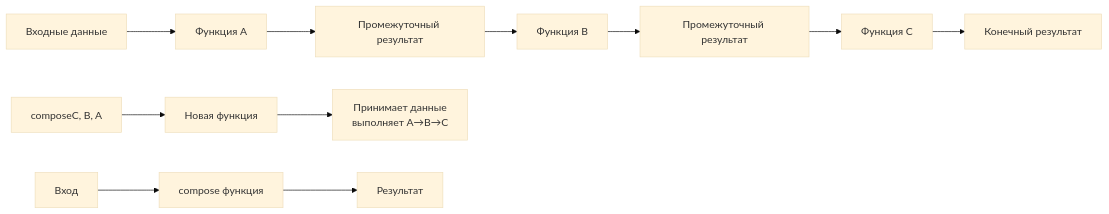
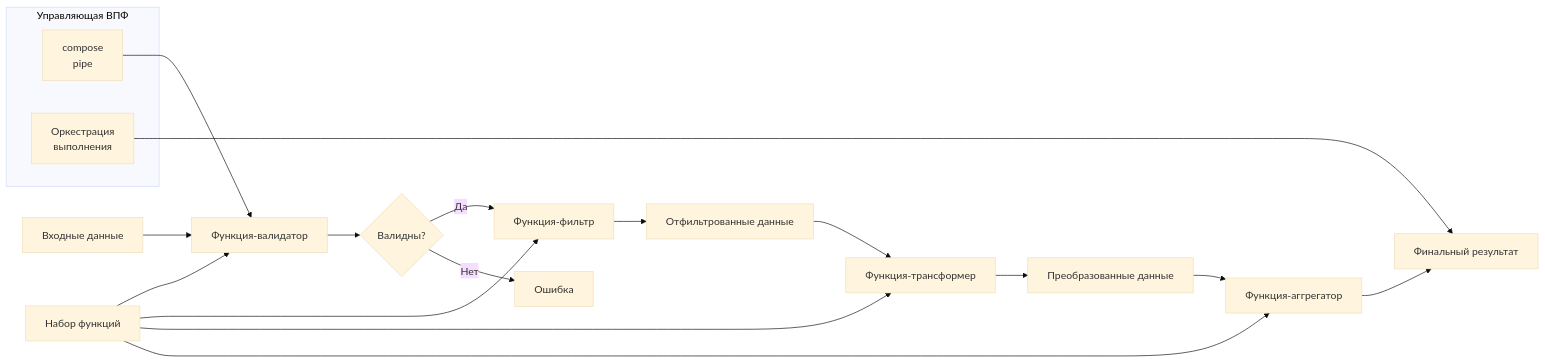
One commit to softboxdev/javascript_frameworks changed the eighth of 10 diagrams in module_001/high_order_functions_diagrams.md. Above: the diagram before and after it, drawn with Mermaid (base theme). The commit also changed other lines of this file, not shown here.

````diff
--- a/module_001/high_order_functions_diagrams.md
+++ b/module_001/high_order_functions_diagrams.md
@@ -147,15 +220,27 @@
 ```mermaid
 flowchart LR
-    A[Входные данные] --> B[Функция A]
-    B --> C[Промежуточный результат]
-    C --> D[Функция B]
-    D --> E[Промежуточный результат]
-    E --> F[Функция C]
-    F --> G[Конечный результат]
+    A[Входные данные] --> B[Функция-валидатор]
+    B --> C{Валидны?}
     
-    H[composeC, B, A] --> I[Новая функция]
-    I --> J[Принимает данные<br/>выполняет A→B→C]
+    C -->|Да| D[Функция-фильтр]
+    C -->|Нет| E[Ошибка]
     
-    K[Вход] --> L[compose функция]
-    L --> M[Результат]
+    D --> F[Отфильтрованные данные]
+    F --> G[Функция-трансформер]
+    G --> H[Преобразованные данные]
+    H --> I[Функция-аггрегатор]
+    I --> J[Финальный результат]
+    
+    K[Набор функций] --> B
+    K --> D
+    K --> G
+    K --> I
+    
+    subgraph L [Управляющая ВПФ]
+        M[compose<br/>pipe]
+        N[Оркестрация<br/>выполнения]
+    end
+    
+    M --> B
+    N --> J
 ```
````
